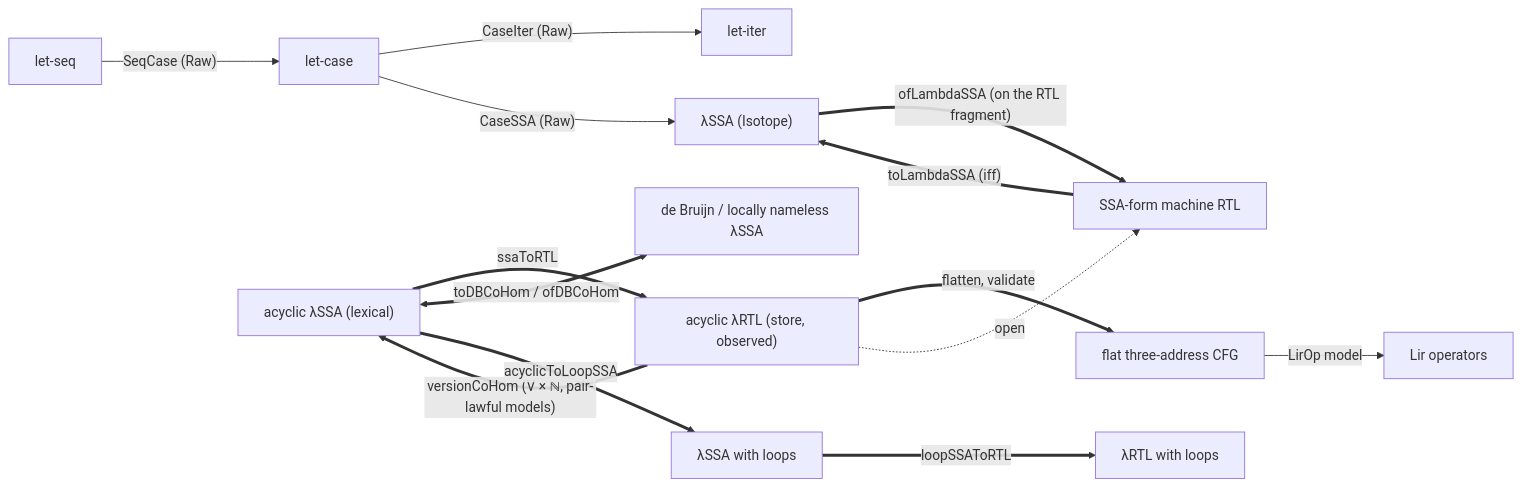
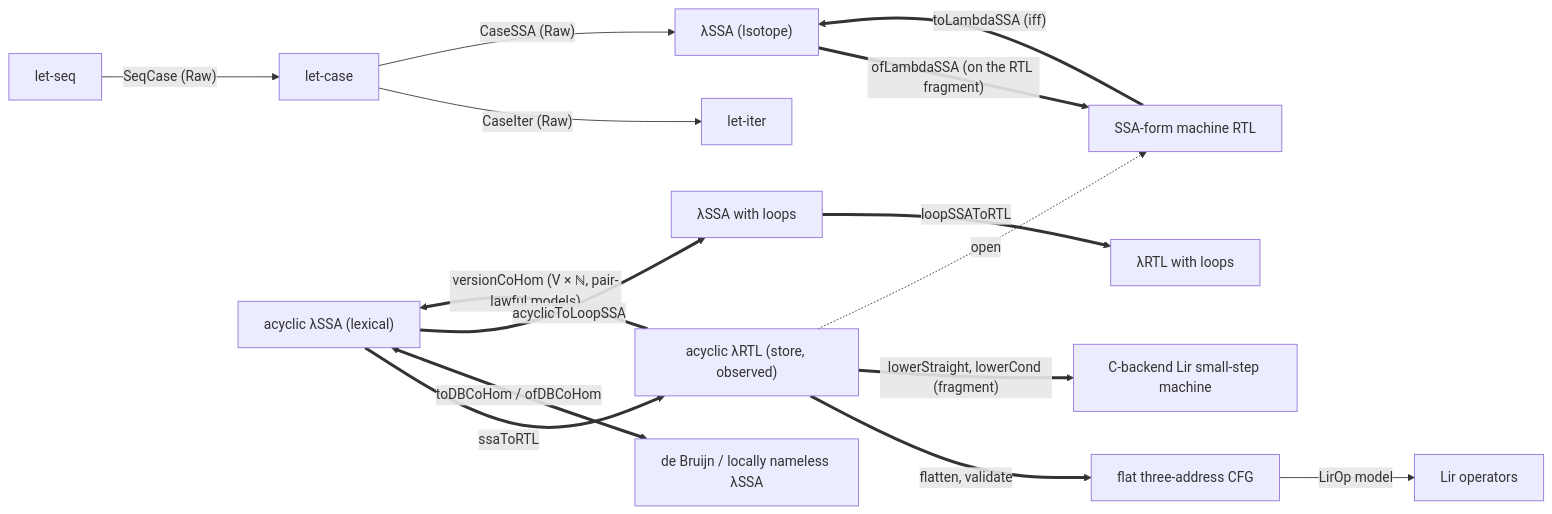
The diagram in docs/projects/ssa.md (hiloopai/silmaril-lean), drawn with Mermaid before and after one commit. The commit also changed other lines of this file and 4 other files, not shown here.

First line of the commit message:
SSA wave 3a: λRTL to the C-backend Lir machine, a first small-step simulation

````diff
--- a/docs/projects/ssa.md
+++ b/docs/projects/ssa.md
@@ -16,16 +16,17 @@
 ```mermaid
 flowchart LR
   Seq["let-seq"] -->|"SeqCase (Raw)"| Case["let-case"]
   Case -->|"CaseIter (Raw)"| Iter["let-iter"]
   Case -->|"CaseSSA (Raw)"| LSSA["λSSA (Isotope)"]
   Acyc["acyclic λSSA (lexical)"] ==>|"ssaToRTL"| RTLa["acyclic λRTL (store, observed)"]
   RTLa ==>|"versionCoHom (V × ℕ, pair-lawful models)"| Acyc
   Acyc <==>|"toDBCoHom / ofDBCoHom"| DB["de Bruijn / locally nameless λSSA"]
   Acyc ==>|"acyclicToLoopSSA"| LoopSSA["λSSA with loops"]
   LoopSSA ==>|"loopSSAToRTL"| LoopRTL["λRTL with loops"]
   RTLa ==>|"flatten, validate"| CFG["flat three-address CFG"]
   CFG -->|"LirOp model"| Lir["Lir operators"]
+  RTLa ==>|"lowerStraight, lowerCond (fragment)"| LirM["C-backend Lir small-step machine"]
   MRTL["SSA-form machine RTL"] ==>|"toLambdaSSA (iff)"| LSSA
   LSSA ==>|"ofLambdaSSA (on the RTL fragment)"| MRTL
   RTLa -.->|"open"| MRTL
 ```
````
